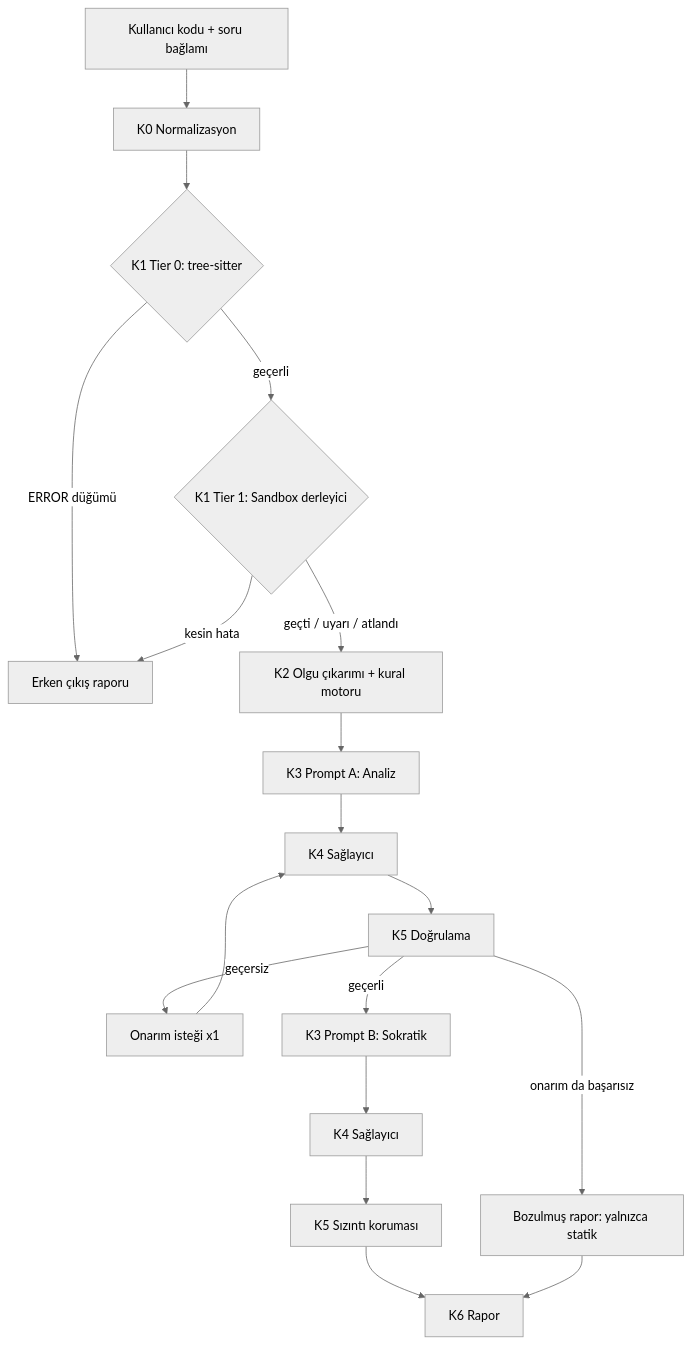
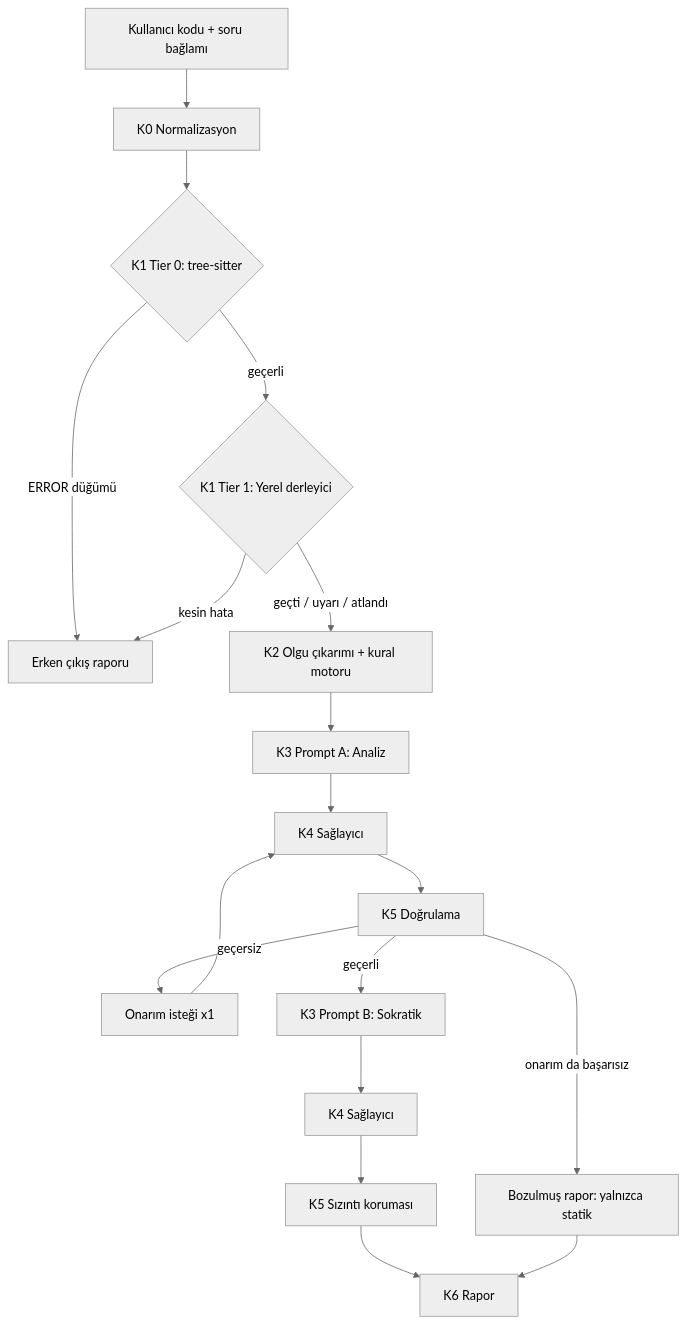
The diagram in docs/mimari.md (BurakYildizGameDev/codementor-ai), drawn with Mermaid (neutral theme) before and after one commit. The commit also changed other lines of this file and 10 other files, not shown here.

First line of the commit message:
docs(adr-0009): Docker zorunluluğunu kaldır, Tier 1 yerel derleyiciyle opsiyonel

````diff
--- a/docs/mimari.md
+++ b/docs/mimari.md
@@ -154,18 +154,18 @@
 ```mermaid
 flowchart TD
     A[Kullanıcı kodu + soru bağlamı] --> B[K0 Normalizasyon]
     B --> C{K1 Tier 0: tree-sitter}
     C -- ERROR düğümü --> X[Erken çıkış raporu]
-    C -- geçerli --> D{K1 Tier 1: Sandbox derleyici}
+    C -- geçerli --> D{K1 Tier 1: Yerel derleyici}
     D -- kesin hata --> X
     D -- geçti / uyarı / atlandı --> E[K2 Olgu çıkarımı + kural motoru]
     E --> F[K3 Prompt A: Analiz]
     F --> G[K4 Sağlayıcı]
     G --> H[K5 Doğrulama]
     H -- geçersiz --> R[Onarım isteği x1] --> G
     H -- geçerli --> I[K3 Prompt B: Sokratik]
     I --> G2[K4 Sağlayıcı]
     G2 --> J[K5 Sızıntı koruması]
     J --> K[K6 Rapor]
     H -- onarım da başarısız --> Y[Bozulmuş rapor: yalnızca statik] --> K
 ```
````
